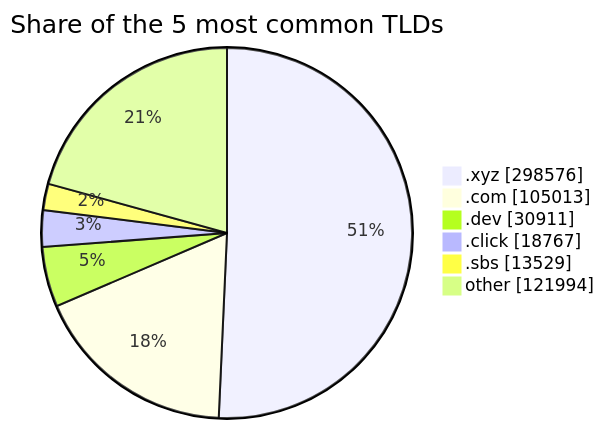
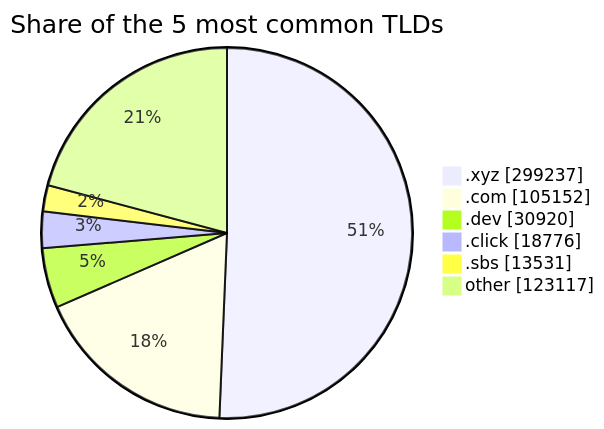
The third of 3 diagrams in README.md (DNSBunker/CTI), drawn with Mermaid before and after one commit. The commit also changed other lines of this file and 3 other files, not shown here.

````diff
--- a/README.md
+++ b/README.md
@@ -81,9 +81,9 @@
 ```mermaid
 pie showData title Share of the 5 most common TLDs
-    ".xyz" : 298576
-    ".com" : 105013
-    ".dev" : 30911
-    ".click" : 18767
-    ".sbs" : 13529
-    "other" : 121994
+    ".xyz" : 299237
+    ".com" : 105152
+    ".dev" : 30920
+    ".click" : 18776
+    ".sbs" : 13531
+    "other" : 123117
 ```
````
